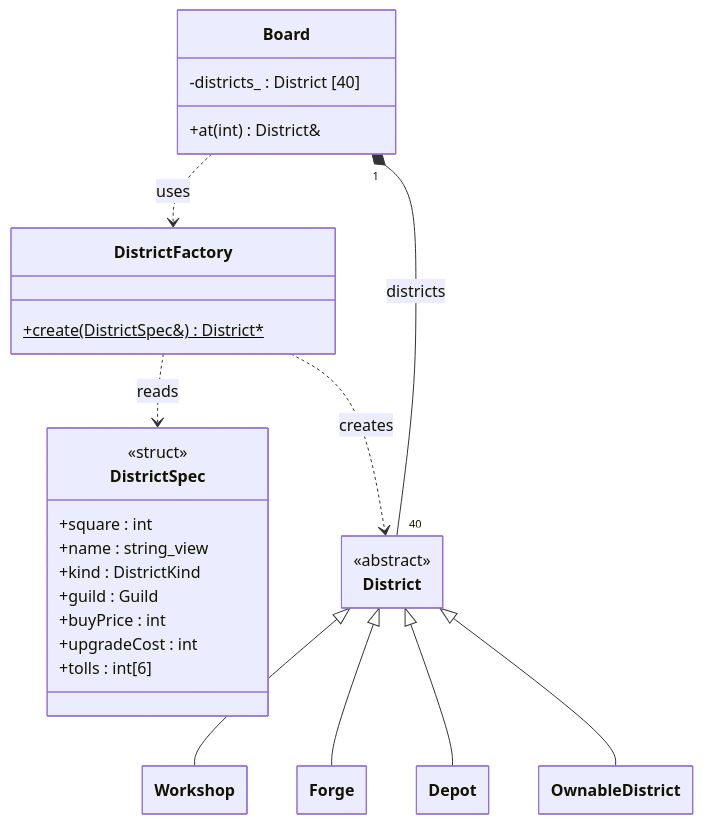
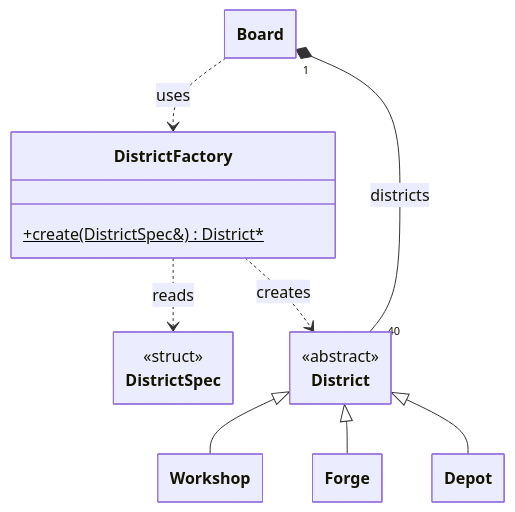
Before and after one commit to jasmehar-k/hungry-hungry-capitalists: the eighth of 8 diagrams in uml.md, drawn with Mermaid. The commit also changed other lines of this file and 9 other files, not shown here.

Commit message:
align uml and design pattern section with the report requirements

````diff
--- a/uml.md
+++ b/uml.md
@@ -505,37 +761,24 @@
 ```mermaid
 ---
 config:
   class:
     hideEmptyMembersBox: true
 ---
 classDiagram
     direction TB
 
     class DistrictFactory {
         +create(DistrictSpec&) District*$
     }
-    class DistrictSpec {
-        <<struct>>
-        +square : int
-        +name : string_view
-        +kind : DistrictKind
-        +guild : Guild
-        +buyPrice : int
-        +upgradeCost : int
-        +tolls : int[6]
-    }
+    class DistrictSpec { <<struct>> }
     class District { <<abstract>> }
-    class Board {
-        +at(int) District&
-        -districts_ : District [40]
-    }
+    class Board
 
     District <|-- Workshop
     District <|-- Forge
     District <|-- Depot
-    District <|-- OwnableDistrict
     Board ..> DistrictFactory : uses
     DistrictFactory ..> DistrictSpec : reads
     DistrictFactory ..> District : creates
     Board "1" *-- "40" District : districts
 ```
````
